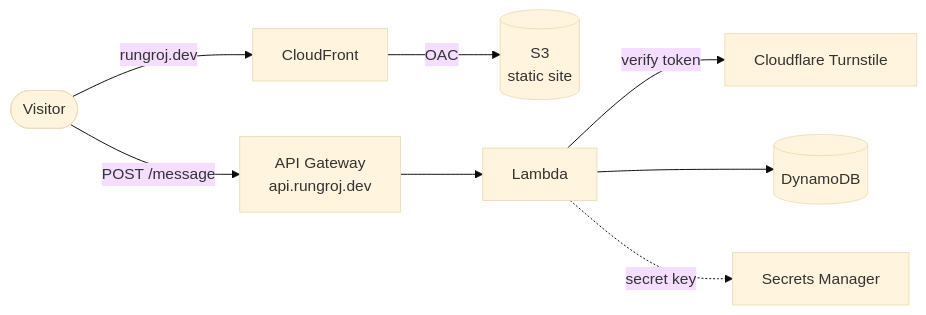
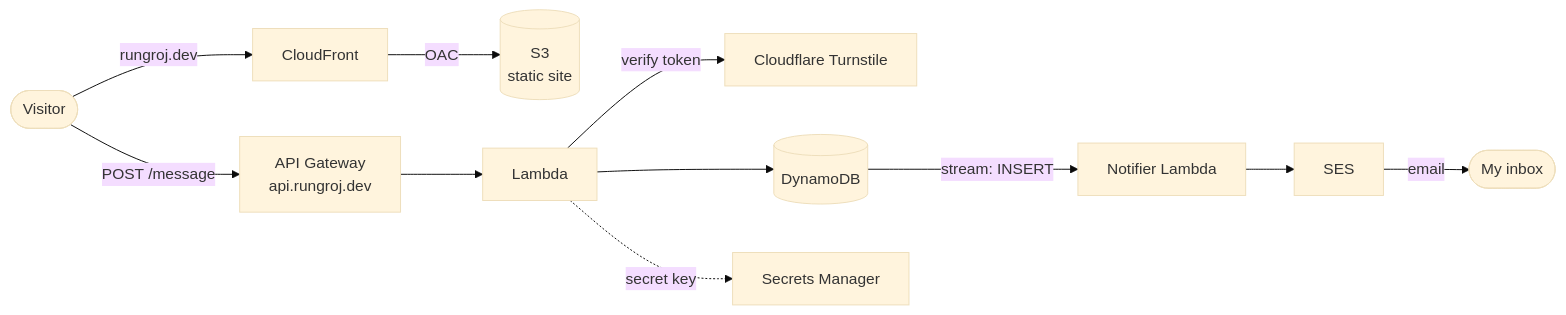
The diagram in README.md (Imperator7/portfolio-next), drawn with Mermaid (base theme) before and after one commit. The commit also changed other lines of this file, not shown here.

Commit message:
docs: describe the DynamoDB Stream email notifier and AWS regions in the README

````diff
--- a/README.md
+++ b/README.md
@@ -27,10 +27,13 @@
 ```mermaid
 flowchart LR
   visitor([Visitor]) -->|rungroj.dev| cf[CloudFront]
   cf -->|OAC| s3[(S3<br/>static site)]
   visitor -->|POST /message| apigw[API Gateway<br/>api.rungroj.dev]
   apigw --> lambda[Lambda]
   lambda -->|verify token| turnstile[Cloudflare Turnstile]
   lambda --> ddb[(DynamoDB)]
   lambda -.secret key.-> sm[Secrets Manager]
+  ddb -->|stream: INSERT| notifier[Notifier Lambda]
+  notifier --> ses[SES]
+  ses -->|email| inbox([My inbox])
 ```
````
